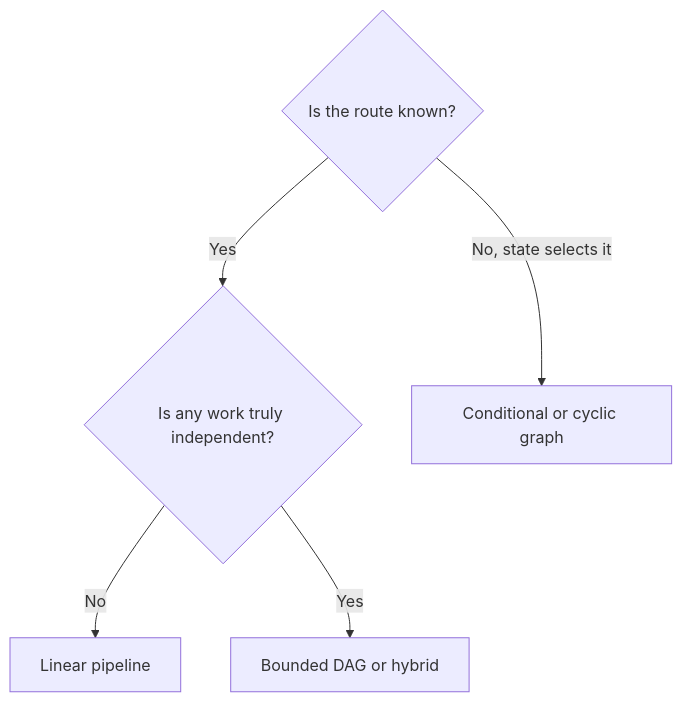
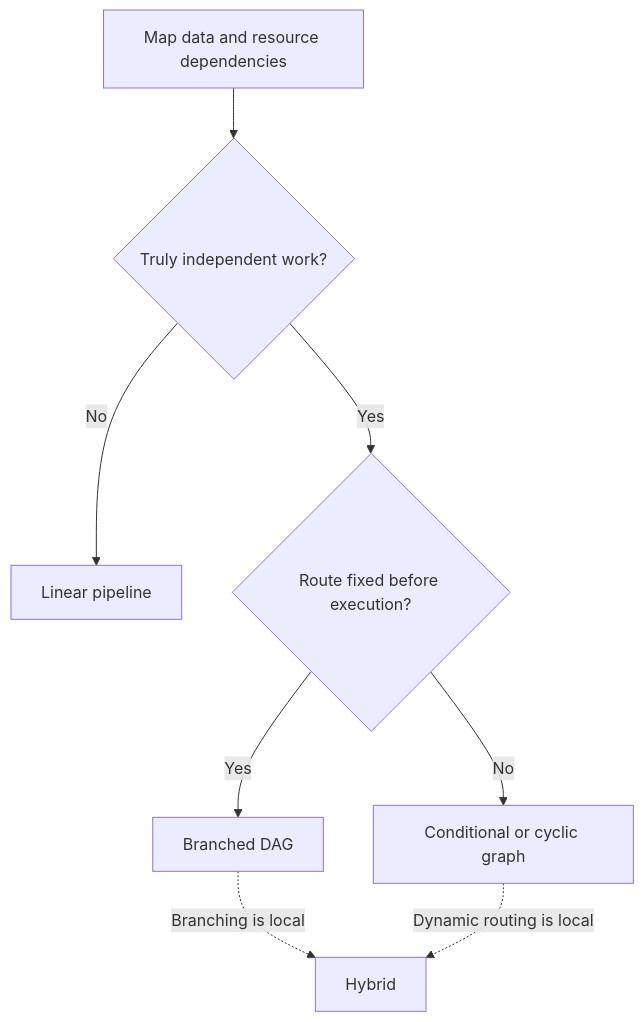
Before and after one commit to Herbertcuba/herbertcuba-personal-blog: the first of 2 diagrams in src/drafts/df3f4646.md, drawn with Mermaid. The commit also changed other lines of this file, not shown here.

Commit message:
draft(t_3af0b546): Use a Pipeline Until the Work Proves It Needs a Graph

````diff
--- a/src/drafts/df3f4646.md
+++ b/src/drafts/df3f4646.md
@@ -32,7 +36,10 @@
 ```mermaid
 flowchart TD
-    A{Is the route known?} -->|Yes| B{Is any work truly independent?}
+    A[Map data and resource dependencies] --> B{Truly independent work?}
     B -->|No| P[Linear pipeline]
-    B -->|Yes| D[Bounded DAG or hybrid]
-    A -->|No, state selects it| C[Conditional or cyclic graph]
+    B -->|Yes| C{Route fixed before execution?}
+    C -->|Yes| D[Branched DAG]
+    C -->|No| G[Conditional or cyclic graph]
+    D -. Branching is local .-> H[Hybrid]
+    G -. Dynamic routing is local .-> H
 ```
````
